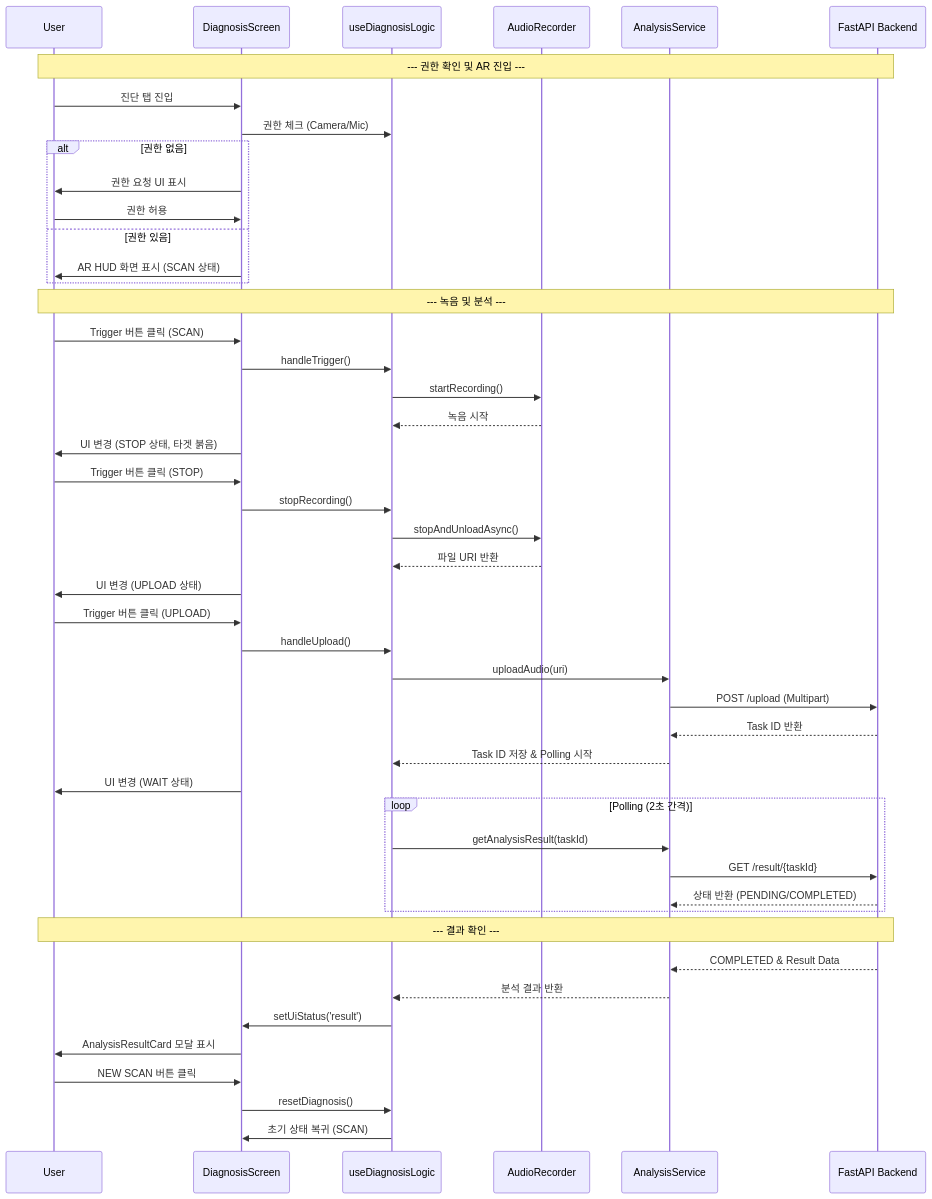
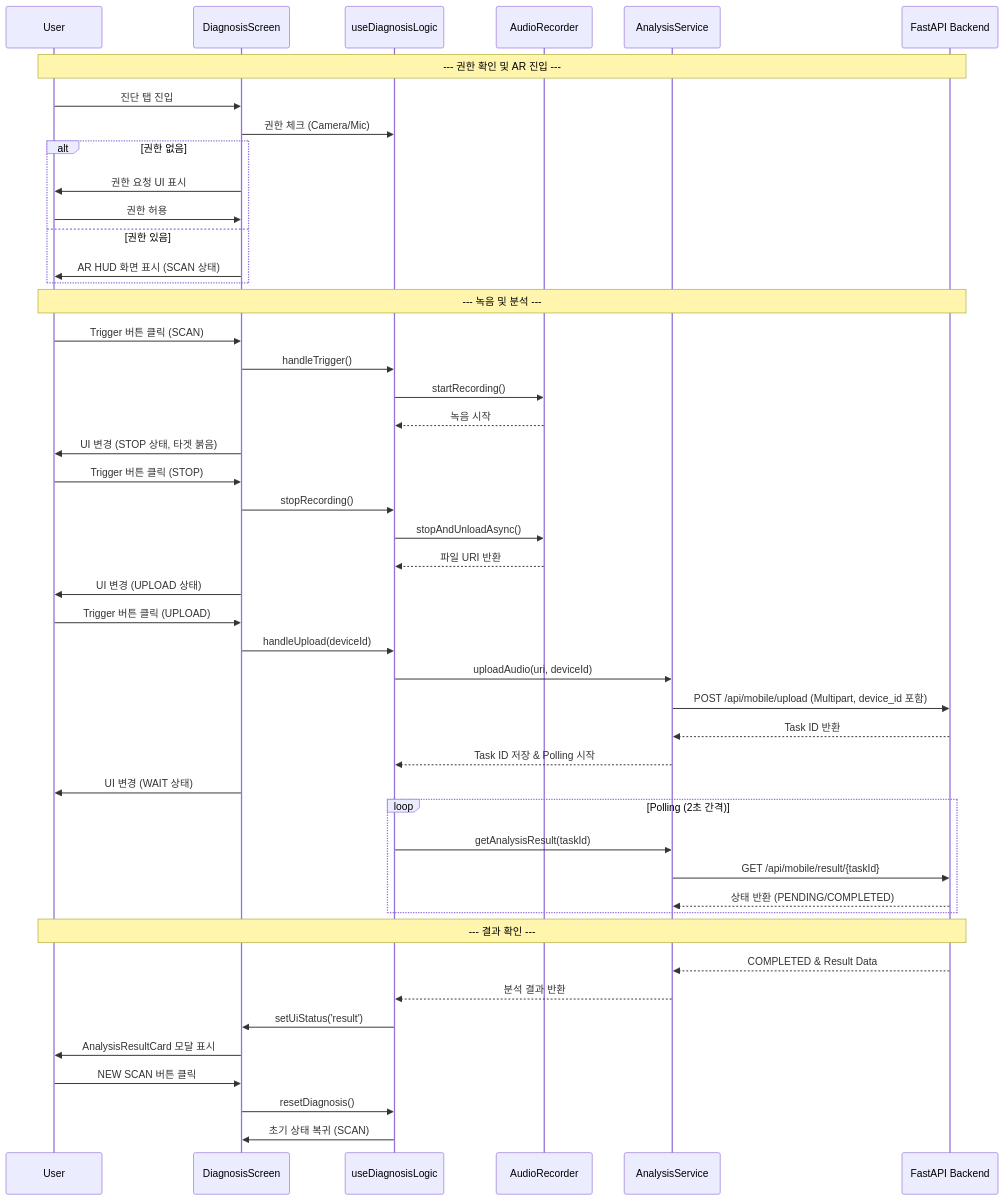
Before and after one commit to kimjuyoung1127/signalcraftapp: the fifth of 6 diagrams in docs/architecture.md, drawn with Mermaid. The commit also changed other lines of this file and 40 other files, not shown here.

````diff
--- a/docs/architecture.md
+++ b/docs/architecture.md
@@ -145,56 +145,56 @@
 ```mermaid
 sequenceDiagram
     participant U as User
     participant RN as DiagnosisScreen
     participant HK as useDiagnosisLogic
     participant RC as AudioRecorder
     participant SV as AnalysisService
     participant FP as FastAPI Backend
 
     Note over U,FP: --- 권한 확인 및 AR 진입 ---
     U->>RN: 진단 탭 진입
     RN->>HK: 권한 체크 (Camera/Mic)
     alt 권한 없음
         RN->>U: 권한 요청 UI 표시
         U->>RN: 권한 허용
     else 권한 있음
         RN->>U: AR HUD 화면 표시 (SCAN 상태)
     end
 
     Note over U,FP: --- 녹음 및 분석 ---
     U->>RN: Trigger 버튼 클릭 (SCAN)
     RN->>HK: handleTrigger()
     HK->>RC: startRecording()
     RC-->>HK: 녹음 시작
     RN->>U: UI 변경 (STOP 상태, 타겟 붉음)
 
     U->>RN: Trigger 버튼 클릭 (STOP)
     RN->>HK: stopRecording()
     HK->>RC: stopAndUnloadAsync()
     RC-->>HK: 파일 URI 반환
     RN->>U: UI 변경 (UPLOAD 상태)
 
     U->>RN: Trigger 버튼 클릭 (UPLOAD)
-    RN->>HK: handleUpload()
-    HK->>SV: uploadAudio(uri)
-    SV->>FP: POST /upload (Multipart)
+    RN->>HK: handleUpload(deviceId)
+    HK->>SV: uploadAudio(uri, deviceId)
+    SV->>FP: POST /api/mobile/upload (Multipart, device_id 포함)
     FP-->>SV: Task ID 반환
     SV-->>HK: Task ID 저장 & Polling 시작
     RN->>U: UI 변경 (WAIT 상태)
 
     loop Polling (2초 간격)
         HK->>SV: getAnalysisResult(taskId)
-        SV->>FP: GET /result/{taskId}
+        SV->>FP: GET /api/mobile/result/{taskId}
         FP-->>SV: 상태 반환 (PENDING/COMPLETED)
     end
 
     Note over U,FP: --- 결과 확인 ---
     FP-->>SV: COMPLETED & Result Data
     SV-->>HK: 분석 결과 반환
     HK->>RN: setUiStatus('result')
     RN->>U: AnalysisResultCard 모달 표시
 
     U->>RN: NEW SCAN 버튼 클릭
     RN->>HK: resetDiagnosis()
     HK->>RN: 초기 상태 복귀 (SCAN)
 ```
````
